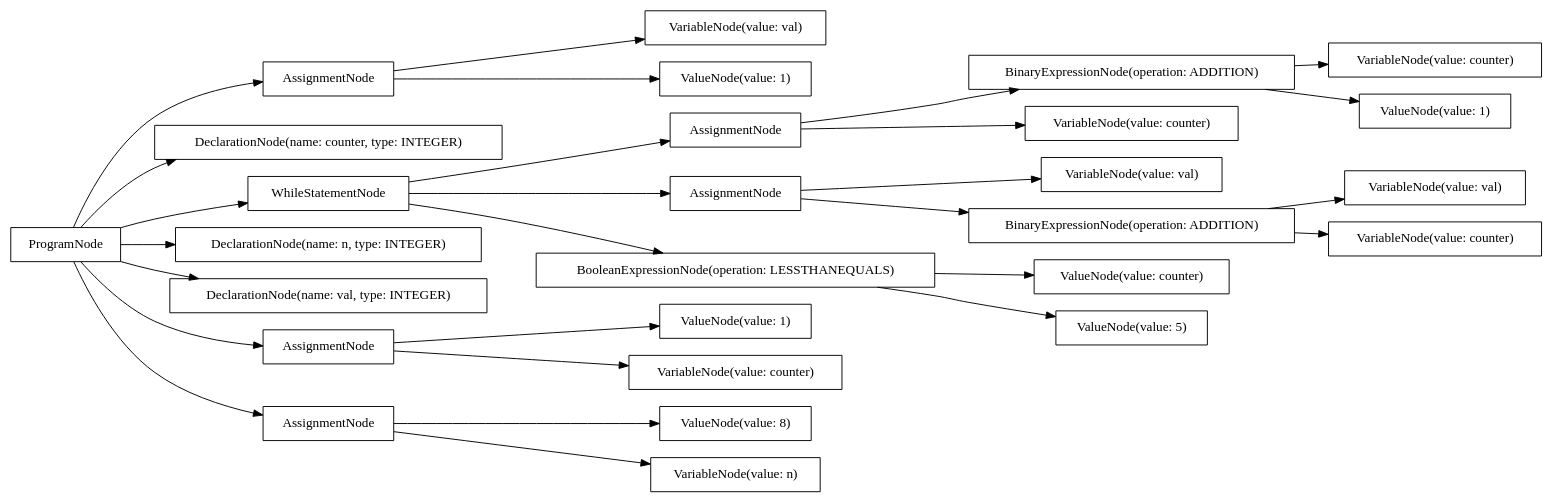
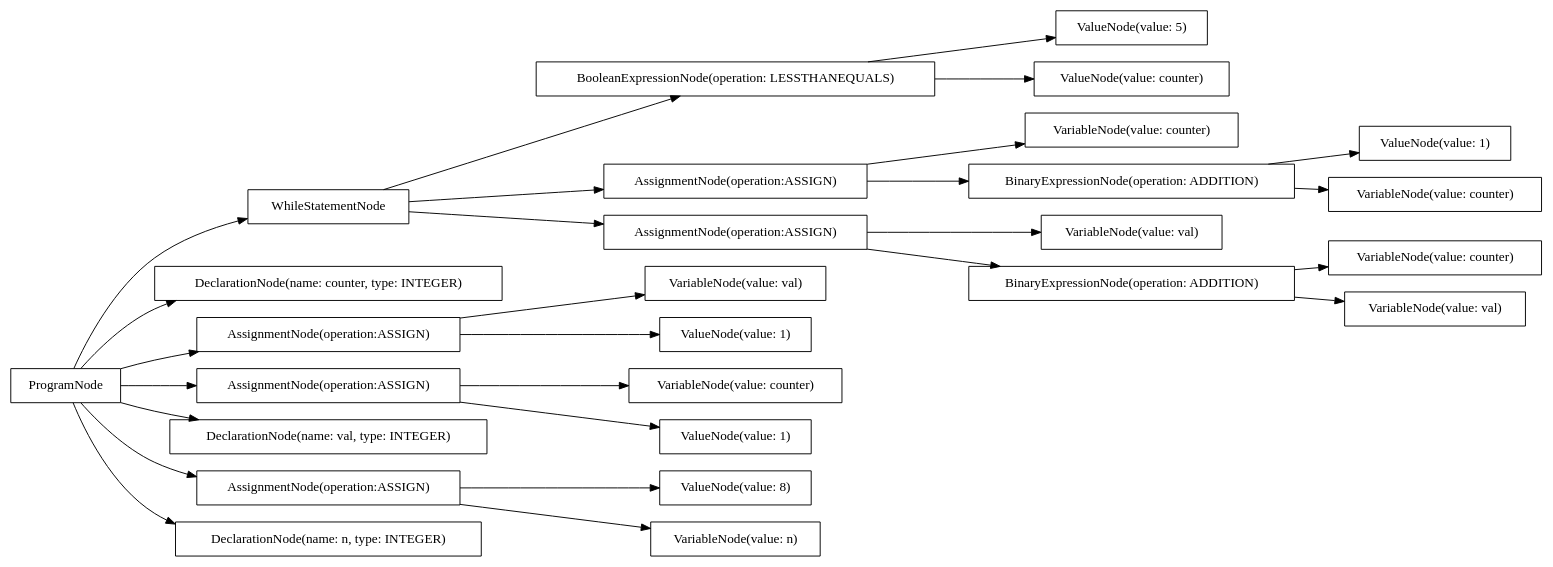
The diagram in src/output/dot/factorial.dot (AtLeastITry/ANTLR-Python-Compiler), drawn with Graphviz before and after one commit. The commit also changed 24 other files, not shown here.

```diff
--- a/src/output/dot/factorial.dot
+++ b/src/output/dot/factorial.dot
@@ -1,56 +1,56 @@
 digraph G {
 rankdir=LR
-"73c963bb-4251-4795-8529-126e317c6cc8" [label="ValueNode(value: counter)" shape="box"];
-"80db8321-7403-4d86-8aa1-be1db238d13d" [label="AssignmentNode" shape="box"];
-"90761812-82dc-4a5b-a781-875faee5cc1f" [label="ValueNode(value: 8)" shape="box"];
-"ba2acbd0-672d-4c46-b190-9c3ce8f13187" [label="AssignmentNode" shape="box"];
-"1f661a78-0d22-4131-87fa-238f5c8bf87f" [label="VariableNode(value: val)" shape="box"];
-"2ac07151-7f0b-435b-bcc5-94f5e1768b0b" [label="AssignmentNode" shape="box"];
-"44ee3522-5f46-4556-b585-7f3f85225289" [label="ValueNode(value: 1)" shape="box"];
-"fe2d967a-d6ef-410c-a611-12a90d4c020d" [label="VariableNode(value: val)" shape="box"];
-"fa6fa2e6-ed49-495b-abc4-e056b331bfed" [label="VariableNode(value: val)" shape="box"];
-"2a51f580-7718-4c77-8126-53b7460c6635" [label="ValueNode(value: 1)" shape="box"];
-"cbc66901-e2ec-454c-92fb-0b066c4f6142" [label="ProgramNode" shape="box"];
-"8505c869-a219-4d41-b463-d9996ed12f88" [label="DeclarationNode(name: counter, type: INTEGER)" shape="box"];
-"cf146b5a-002a-4297-a892-349907f5c113" [label="VariableNode(value: counter)" shape="box"];
-"b31aaef3-6fea-42a3-a215-b87f8294817b" [label="WhileStatementNode" shape="box"];
-"1085f653-4b18-488a-8029-49915eaa7b3e" [label="VariableNode(value: counter)" shape="box"];
-"05ed17cb-6be9-4662-ace0-f4259668b4ab" [label="DeclarationNode(name: n, type: INTEGER)" shape="box"];
-"927d9a8c-3ca8-42e9-84a8-fd8b95f3268f" [label="DeclarationNode(name: val, type: INTEGER)" shape="box"];
-"6b4dd8c0-2edb-4443-9552-1933c9c0a685" [label="VariableNode(value: counter)" shape="box"];
-"b7796c33-05ee-4010-a2f7-49fd5aad0c60" [label="BooleanExpressionNode(operation: LESSTHANEQUALS)" shape="box"];
-"cd7592b4-5ade-4f92-a3f1-8a712bd7faa9" [label="BinaryExpressionNode(operation: ADDITION)" shape="box"];
-"00858b3b-951e-410f-8ca9-04c924e1b25a" [label="VariableNode(value: n)" shape="box"];
-"fb666259-551c-4497-be1b-dbe3e0d81120" [label="BinaryExpressionNode(operation: ADDITION)" shape="box"];
-"f63f4893-fca5-4da3-a3af-316296b26160" [label="ValueNode(value: 1)" shape="box"];
-"a755227c-f920-4736-8b22-d1a08e28b2a2" [label="AssignmentNode" shape="box"];
-"c96cd8da-c63c-4436-90a0-221d011d6f64" [label="AssignmentNode" shape="box"];
-"44be4300-2016-45b4-a6d2-e04d8f52afad" [label="ValueNode(value: 5)" shape="box"];
-"066af09c-5e20-444d-8716-8dba21eadbe2" [label="VariableNode(value: counter)" shape="box"];
-"cbc66901-e2ec-454c-92fb-0b066c4f6142" -> "05ed17cb-6be9-4662-ace0-f4259668b4ab";
-"cbc66901-e2ec-454c-92fb-0b066c4f6142" -> "927d9a8c-3ca8-42e9-84a8-fd8b95f3268f";
-"cbc66901-e2ec-454c-92fb-0b066c4f6142" -> "8505c869-a219-4d41-b463-d9996ed12f88";
-"cbc66901-e2ec-454c-92fb-0b066c4f6142" -> "c96cd8da-c63c-4436-90a0-221d011d6f64";
-"c96cd8da-c63c-4436-90a0-221d011d6f64" -> "00858b3b-951e-410f-8ca9-04c924e1b25a";
-"c96cd8da-c63c-4436-90a0-221d011d6f64" -> "90761812-82dc-4a5b-a781-875faee5cc1f";
-"cbc66901-e2ec-454c-92fb-0b066c4f6142" -> "80db8321-7403-4d86-8aa1-be1db238d13d";
-"80db8321-7403-4d86-8aa1-be1db238d13d" -> "1f661a78-0d22-4131-87fa-238f5c8bf87f";
-"80db8321-7403-4d86-8aa1-be1db238d13d" -> "44ee3522-5f46-4556-b585-7f3f85225289";
-"cbc66901-e2ec-454c-92fb-0b066c4f6142" -> "a755227c-f920-4736-8b22-d1a08e28b2a2";
-"a755227c-f920-4736-8b22-d1a08e28b2a2" -> "6b4dd8c0-2edb-4443-9552-1933c9c0a685";
-"a755227c-f920-4736-8b22-d1a08e28b2a2" -> "2a51f580-7718-4c77-8126-53b7460c6635";
-"cbc66901-e2ec-454c-92fb-0b066c4f6142" -> "b31aaef3-6fea-42a3-a215-b87f8294817b";
-"b31aaef3-6fea-42a3-a215-b87f8294817b" -> "b7796c33-05ee-4010-a2f7-49fd5aad0c60";
-"b7796c33-05ee-4010-a2f7-49fd5aad0c60" -> "73c963bb-4251-4795-8529-126e317c6cc8";
-"b7796c33-05ee-4010-a2f7-49fd5aad0c60" -> "44be4300-2016-45b4-a6d2-e04d8f52afad";
-"b31aaef3-6fea-42a3-a215-b87f8294817b" -> "2ac07151-7f0b-435b-bcc5-94f5e1768b0b";
-"2ac07151-7f0b-435b-bcc5-94f5e1768b0b" -> "fa6fa2e6-ed49-495b-abc4-e056b331bfed";
-"2ac07151-7f0b-435b-bcc5-94f5e1768b0b" -> "cd7592b4-5ade-4f92-a3f1-8a712bd7faa9";
-"cd7592b4-5ade-4f92-a3f1-8a712bd7faa9" -> "fe2d967a-d6ef-410c-a611-12a90d4c020d";
-"cd7592b4-5ade-4f92-a3f1-8a712bd7faa9" -> "1085f653-4b18-488a-8029-49915eaa7b3e";
-"b31aaef3-6fea-42a3-a215-b87f8294817b" -> "ba2acbd0-672d-4c46-b190-9c3ce8f13187";
-"ba2acbd0-672d-4c46-b190-9c3ce8f13187" -> "066af09c-5e20-444d-8716-8dba21eadbe2";
-"ba2acbd0-672d-4c46-b190-9c3ce8f13187" -> "fb666259-551c-4497-be1b-dbe3e0d81120";
-"fb666259-551c-4497-be1b-dbe3e0d81120" -> "cf146b5a-002a-4297-a892-349907f5c113";
-"fb666259-551c-4497-be1b-dbe3e0d81120" -> "f63f4893-fca5-4da3-a3af-316296b26160";
+"6fd2102f-d493-4cc7-ac6a-f7e1850df1ef" [label="WhileStatementNode" shape="box"];
+"99fc402d-25aa-4be8-8931-03217ed4e596" [label="VariableNode(value: counter)" shape="box"];
+"e16c0368-1d88-4d74-b642-40e976ff4ead" [label="ValueNode(value: 1)" shape="box"];
+"cda90501-4ab4-45f9-bd97-4f4bc5f3c6c9" [label="DeclarationNode(name: counter, type: INTEGER)" shape="box"];
+"1897cff9-5b0f-4518-98f1-3c797cf9ec0d" [label="VariableNode(value: counter)" shape="box"];
+"64b8bd1d-1ce1-43b5-b94c-aeefe2ee7034" [label="ProgramNode" shape="box"];
+"1487a6de-4ae5-4107-9a12-77dd26e6859e" [label="AssignmentNode(operation:ASSIGN)" shape="box"];
+"1aa761e2-72a2-4e33-9770-6d57e743ae3c" [label="VariableNode(value: counter)" shape="box"];
+"d7a25183-2ef9-415b-94f3-23c58cb4cf50" [label="VariableNode(value: val)" shape="box"];
+"3c700728-e6b5-42d3-b119-502dc4f4382c" [label="ValueNode(value: 8)" shape="box"];
+"da97ffae-8a15-4de6-ae34-0cc166c0086d" [label="ValueNode(value: 1)" shape="box"];
+"4424df62-cdc0-4d8b-9207-82fa515e67fc" [label="VariableNode(value: val)" shape="box"];
+"1d421591-de49-498b-bda5-d9e88f20d5ef" [label="AssignmentNode(operation:ASSIGN)" shape="box"];
+"04829030-0b24-4445-90a1-b586bdd7d8f8" [label="DeclarationNode(name: val, type: INTEGER)" shape="box"];
+"a23af5c0-03c0-4048-9626-9c90450d3c92" [label="BinaryExpressionNode(operation: ADDITION)" shape="box"];
+"59843bf3-7016-461b-8852-2782e165d26f" [label="AssignmentNode(operation:ASSIGN)" shape="box"];
+"77c9196f-3119-4704-a55e-db56b44ba718" [label="ValueNode(value: 1)" shape="box"];
+"f3e86696-37c4-4e4d-9315-6aa9fb938339" [label="ValueNode(value: 5)" shape="box"];
+"ad2a2dee-35d8-49e9-b9a5-15c1a4e16892" [label="VariableNode(value: n)" shape="box"];
+"1ce15360-d53a-4855-9e42-f3993319b14b" [label="BooleanExpressionNode(operation: LESSTHANEQUALS)" shape="box"];
+"2fcbf8b4-3ca1-467a-a759-53a4a08883a0" [label="DeclarationNode(name: n, type: INTEGER)" shape="box"];
+"99f95ca3-d0d1-4e97-8969-66a987289ac0" [label="ValueNode(value: counter)" shape="box"];
+"0cee478c-1c99-4fab-ae07-2428a5e4f9ed" [label="AssignmentNode(operation:ASSIGN)" shape="box"];
+"367f1e53-0f62-4da1-8e4b-03573a68d122" [label="VariableNode(value: val)" shape="box"];
+"e49d16b7-4483-4de2-b6de-18c42b0002a8" [label="VariableNode(value: counter)" shape="box"];
+"ed004012-47a3-401d-8c96-8f0dfb7d34b7" [label="AssignmentNode(operation:ASSIGN)" shape="box"];
+"b49666a0-14d3-48e7-ae4f-7e26a3d11c87" [label="BinaryExpressionNode(operation: ADDITION)" shape="box"];
+"64b8bd1d-1ce1-43b5-b94c-aeefe2ee7034" -> "2fcbf8b4-3ca1-467a-a759-53a4a08883a0";
+"64b8bd1d-1ce1-43b5-b94c-aeefe2ee7034" -> "04829030-0b24-4445-90a1-b586bdd7d8f8";
+"64b8bd1d-1ce1-43b5-b94c-aeefe2ee7034" -> "cda90501-4ab4-45f9-bd97-4f4bc5f3c6c9";
+"64b8bd1d-1ce1-43b5-b94c-aeefe2ee7034" -> "59843bf3-7016-461b-8852-2782e165d26f";
+"59843bf3-7016-461b-8852-2782e165d26f" -> "ad2a2dee-35d8-49e9-b9a5-15c1a4e16892";
+"59843bf3-7016-461b-8852-2782e165d26f" -> "3c700728-e6b5-42d3-b119-502dc4f4382c";
+"64b8bd1d-1ce1-43b5-b94c-aeefe2ee7034" -> "1487a6de-4ae5-4107-9a12-77dd26e6859e";
+"1487a6de-4ae5-4107-9a12-77dd26e6859e" -> "d7a25183-2ef9-415b-94f3-23c58cb4cf50";
+"1487a6de-4ae5-4107-9a12-77dd26e6859e" -> "da97ffae-8a15-4de6-ae34-0cc166c0086d";
+"64b8bd1d-1ce1-43b5-b94c-aeefe2ee7034" -> "1d421591-de49-498b-bda5-d9e88f20d5ef";
+"1d421591-de49-498b-bda5-d9e88f20d5ef" -> "99fc402d-25aa-4be8-8931-03217ed4e596";
+"1d421591-de49-498b-bda5-d9e88f20d5ef" -> "77c9196f-3119-4704-a55e-db56b44ba718";
+"64b8bd1d-1ce1-43b5-b94c-aeefe2ee7034" -> "6fd2102f-d493-4cc7-ac6a-f7e1850df1ef";
+"6fd2102f-d493-4cc7-ac6a-f7e1850df1ef" -> "1ce15360-d53a-4855-9e42-f3993319b14b";
+"1ce15360-d53a-4855-9e42-f3993319b14b" -> "99f95ca3-d0d1-4e97-8969-66a987289ac0";
+"1ce15360-d53a-4855-9e42-f3993319b14b" -> "f3e86696-37c4-4e4d-9315-6aa9fb938339";
+"6fd2102f-d493-4cc7-ac6a-f7e1850df1ef" -> "ed004012-47a3-401d-8c96-8f0dfb7d34b7";
+"ed004012-47a3-401d-8c96-8f0dfb7d34b7" -> "4424df62-cdc0-4d8b-9207-82fa515e67fc";
+"ed004012-47a3-401d-8c96-8f0dfb7d34b7" -> "a23af5c0-03c0-4048-9626-9c90450d3c92";
+"a23af5c0-03c0-4048-9626-9c90450d3c92" -> "367f1e53-0f62-4da1-8e4b-03573a68d122";
+"a23af5c0-03c0-4048-9626-9c90450d3c92" -> "1897cff9-5b0f-4518-98f1-3c797cf9ec0d";
+"6fd2102f-d493-4cc7-ac6a-f7e1850df1ef" -> "0cee478c-1c99-4fab-ae07-2428a5e4f9ed";
+"0cee478c-1c99-4fab-ae07-2428a5e4f9ed" -> "e49d16b7-4483-4de2-b6de-18c42b0002a8";
+"0cee478c-1c99-4fab-ae07-2428a5e4f9ed" -> "b49666a0-14d3-48e7-ae4f-7e26a3d11c87";
+"b49666a0-14d3-48e7-ae4f-7e26a3d11c87" -> "1aa761e2-72a2-4e33-9770-6d57e743ae3c";
+"b49666a0-14d3-48e7-ae4f-7e26a3d11c87" -> "e16c0368-1d88-4d74-b642-40e976ff4ead";
 }
```
